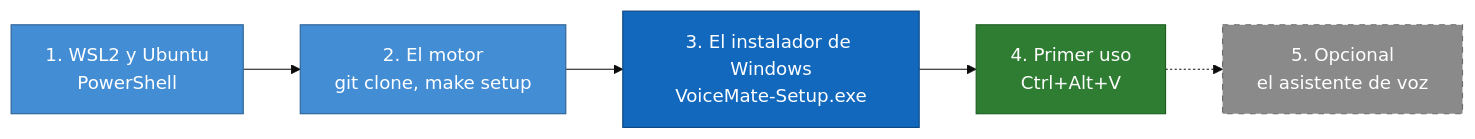
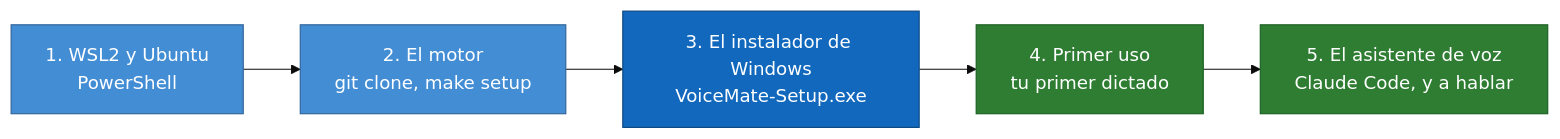
The diagram in docs/install-guide.es.md (nano-br/voice-mate), drawn with Mermaid (base theme) before and after one commit. The commit also changed other lines of this file and 29 other files, not shown here.

````diff
--- a/docs/install-guide.es.md
+++ b/docs/install-guide.es.md
@@ -13,16 +13,14 @@
 ```mermaid
 flowchart LR
     s1["1. WSL2 y Ubuntu<br/>PowerShell"] --> s2["2. El motor<br/>git clone, make setup"]
     s2 --> s3["3. El instalador de Windows<br/>VoiceMate-Setup.exe"]
-    s3 --> s4["4. Primer uso<br/>Ctrl+Alt+V"]
-    s4 -.-> s5["5. Opcional<br/>el asistente de voz"]
+    s3 --> s4["4. Primer uso<br/>tu primer dictado"]
+    s4 --> s5["5. El asistente de voz<br/>Claude Code, y a hablar"]
 
     classDef system fill:#1168bd,stroke:#0b4884,color:#ffffff
     classDef container fill:#438dd5,stroke:#2e6295,color:#ffffff
     classDef ok fill:#2e7d32,stroke:#1b5e20,color:#ffffff
-    classDef optional fill:#8a8a8a,stroke:#6b6b6b,color:#ffffff,stroke-dasharray:5 5
     class s1,s2 container
     class s3 system
-    class s4 ok
-    class s5 optional
+    class s4,s5 ok
 ```
````
